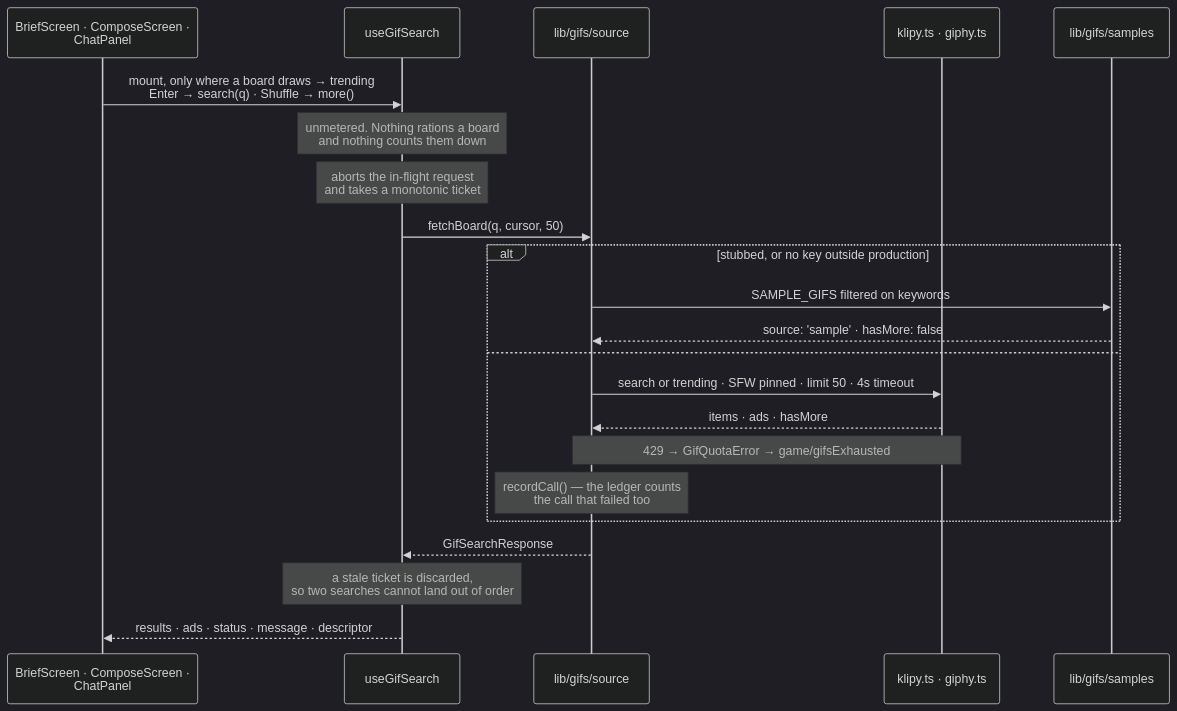
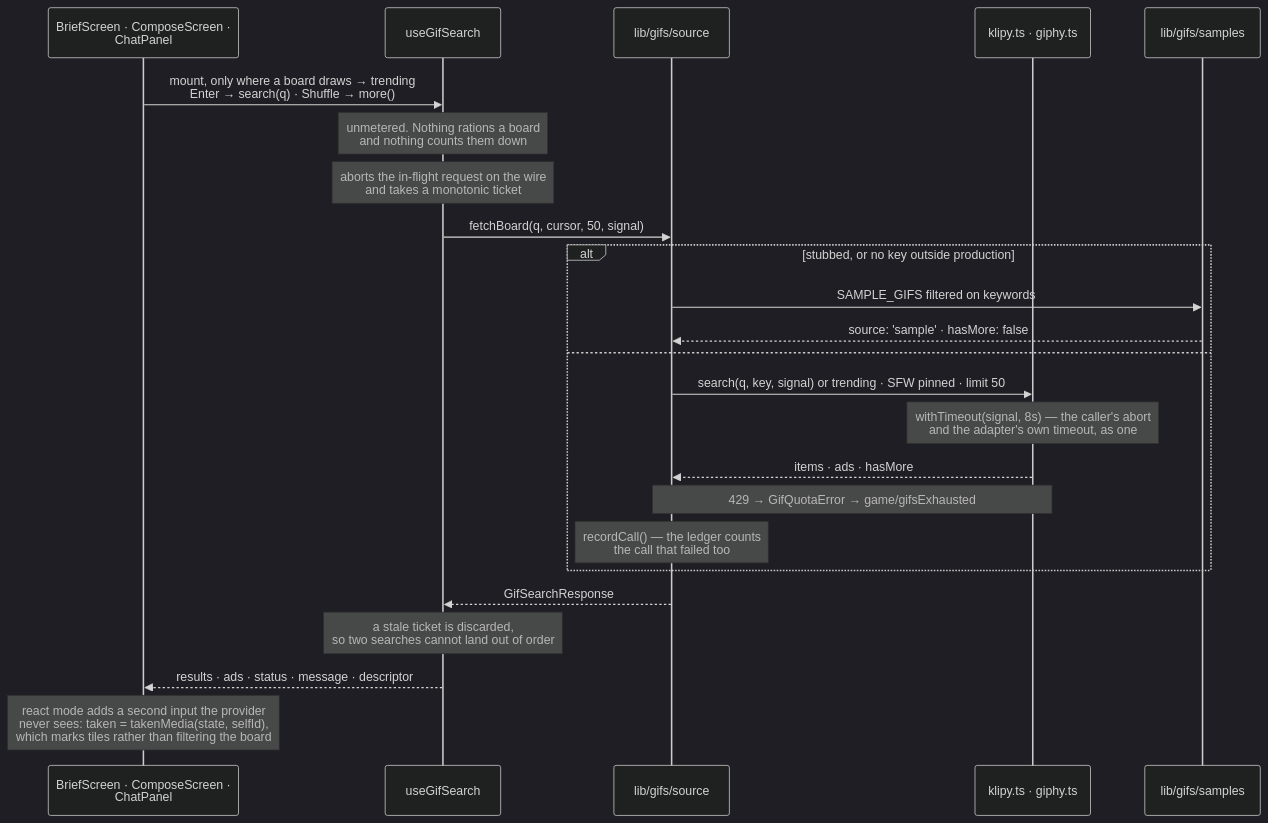
Before and after one commit to Jmeza081/captionist: diagram 11 of 14 in docs/architecture.md, drawn with Mermaid (dark theme). The commit also changed other lines of this file and 40 other files, not shown here.

````diff
--- a/docs/architecture.md
+++ b/docs/architecture.md
@@ -3469,25 +3535,27 @@
 ```mermaid
 sequenceDiagram
   participant S as BriefScreen · ComposeScreen ·<br/>ChatPanel
   participant U as useGifSearch
   participant R as lib/gifs/source
   participant V as klipy.ts · giphy.ts
   participant P as lib/gifs/samples
 
   S->>U: mount, only where a board draws → trending<br/>Enter → search(q) · Shuffle → more()
   Note over U: unmetered. Nothing rations a board<br/>and nothing counts them down
-  Note over U: aborts the in-flight request<br/>and takes a monotonic ticket
-  U->>R: fetchBoard(q, cursor, 50)
+  Note over U: aborts the in-flight request on the wire<br/>and takes a monotonic ticket
+  U->>R: fetchBoard(q, cursor, 50, signal)
   alt stubbed, or no key outside production
     R->>P: SAMPLE_GIFS filtered on keywords
     P-->>R: source: 'sample' · hasMore: false
   else
-    R->>V: search or trending · SFW pinned · limit 50 · 4s timeout
+    R->>V: search(q, key, signal) or trending · SFW pinned · limit 50
+    Note over V: withTimeout(signal, 8s) — the caller's abort<br/>and the adapter's own timeout, as one
     V-->>R: items · ads · hasMore
     Note over V,R: 429 → GifQuotaError → game/gifsExhausted
     Note over R: recordCall() — the ledger counts<br/>the call that failed too
   end
   R-->>U: GifSearchResponse
   Note over U: a stale ticket is discarded,<br/>so two searches cannot land out of order
   U-->>S: results · ads · status · message · descriptor
+  Note over S: react mode adds a second input the provider<br/>never sees: taken = takenMedia(state, selfId),<br/>which marks tiles rather than filtering the board
 ```
````
